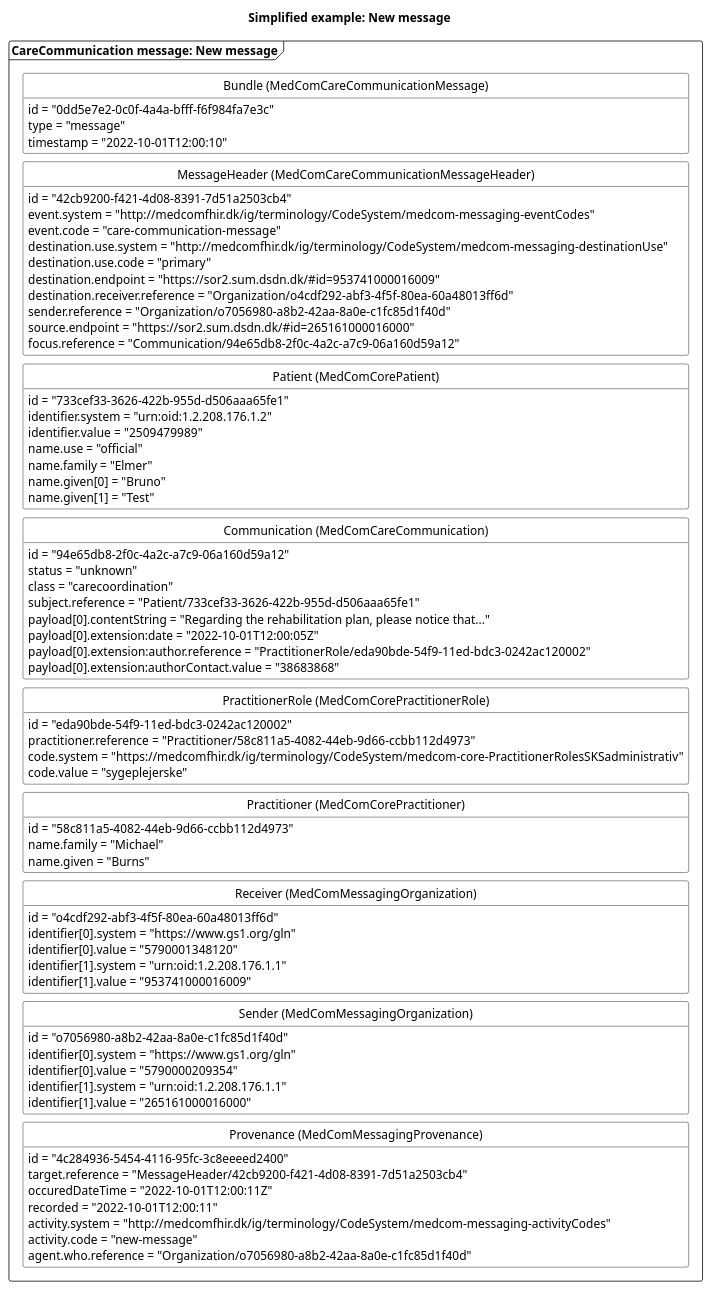
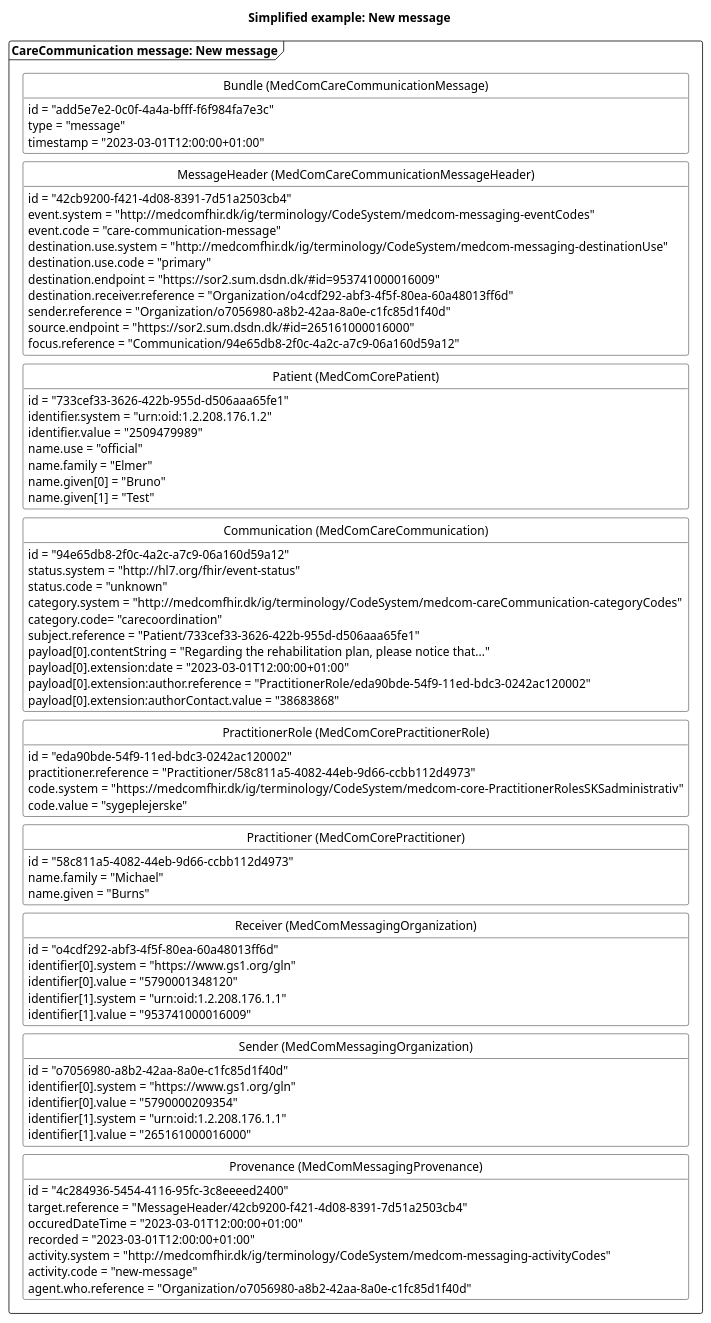
The diagram in puml/CareCommunicationNewMessage.puml (medcomdk/dk-medcom-carecommunication), drawn with PlantUML before and after one commit. The commit also changed 26 other files, not shown here.

```diff
--- a/puml/CareCommunicationNewMessage.puml
+++ b/puml/CareCommunicationNewMessage.puml
@@ -1,101 +1,103 @@
 @startuml CCNewMessage
 
 'layout
 skinparam class {
     BackgroundColor White
     BorderColor Black
     ArrowColor Black
   }
 hide circle
 hide empty members
 skinparam SameClassWidth true
 skinparam Ranksep 10
 
 
 'title
 title Simplified example: New message
 
 'Message 1: New message
 package "CareCommunication message: New message" as new <<Frame>>{
     class "Bundle (MedComCareCommunicationMessage)" as newB {
-        id = "0dd5e7e2-0c0f-4a4a-bfff-f6f984fa7e3c"
+        id = "add5e7e2-0c0f-4a4a-bfff-f6f984fa7e3c"
         type = "message"
-        timestamp = "2022-10-01T12:00:10"
+        timestamp = "2023-03-01T12:00:00+01:00"
     }
     class "MessageHeader (MedComCareCommunicationMessageHeader)" as newMH{
         id = "42cb9200-f421-4d08-8391-7d51a2503cb4"
         event.system = "http://medcomfhir.dk/ig/terminology/CodeSystem/medcom-messaging-eventCodes"
         event.code = "care-communication-message"
         destination.use.system = "http://medcomfhir.dk/ig/terminology/CodeSystem/medcom-messaging-destinationUse"
         destination.use.code = "primary"
         destination.endpoint = "https://sor2.sum.dsdn.dk/#id=953741000016009"
         destination.receiver.reference = "Organization/o4cdf292-abf3-4f5f-80ea-60a48013ff6d"
         sender.reference = "Organization/o7056980-a8b2-42aa-8a0e-c1fc85d1f40d"
         source.endpoint = "https://sor2.sum.dsdn.dk/#id=265161000016000"
         focus.reference = "Communication/94e65db8-2f0c-4a2c-a7c9-06a160d59a12"
     }
     class "Patient (MedComCorePatient)" as newPT{
         id = "733cef33-3626-422b-955d-d506aaa65fe1"
         identifier.system = "urn:oid:1.2.208.176.1.2"
         identifier.value = "2509479989"
         name.use = "official"
         name.family = "Elmer"
         name.given[0] = "Bruno"
         name.given[1] = "Test"
     }
     class "Communication (MedComCareCommunication)" as newCom{
         id = "94e65db8-2f0c-4a2c-a7c9-06a160d59a12"
-        status = "unknown"
-        class = "carecoordination"
+        status.system = "http://hl7.org/fhir/event-status" 
+        status.code = "unknown"
+        category.system = "http://medcomfhir.dk/ig/terminology/CodeSystem/medcom-careCommunication-categoryCodes"
+        category.code= "carecoordination"
         subject.reference = "Patient/733cef33-3626-422b-955d-d506aaa65fe1"
         payload[0].contentString = "Regarding the rehabilitation plan, please notice that..."
-        payload[0].extension:date = "2022-10-01T12:00:05Z"
+        payload[0].extension:date = "2023-03-01T12:00:00+01:00"
         payload[0].extension:author.reference = "PractitionerRole/eda90bde-54f9-11ed-bdc3-0242ac120002"
         payload[0].extension:authorContact.value = "38683868"
     }
     class "PractitionerRole (MedComCorePractitionerRole)" as newPracR{
         id = "eda90bde-54f9-11ed-bdc3-0242ac120002"
         practitioner.reference = "Practitioner/58c811a5-4082-44eb-9d66-ccbb112d4973"
         code.system = "https://medcomfhir.dk/ig/terminology/CodeSystem/medcom-core-PractitionerRolesSKSadministrativ"
         code.value = "sygeplejerske"
     }
     class "Practitioner (MedComCorePractitioner)" as newPrac{
         id = "58c811a5-4082-44eb-9d66-ccbb112d4973"
         name.family = "Michael"
         name.given = "Burns"
     }
     class "Receiver (MedComMessagingOrganization)" as newROrg{
         id = "o4cdf292-abf3-4f5f-80ea-60a48013ff6d"
         identifier[0].system = "https://www.gs1.org/gln"
         identifier[0].value = "5790001348120"
         identifier[1].system = "urn:oid:1.2.208.176.1.1"
         identifier[1].value = "953741000016009"
     }
     class "Sender (MedComMessagingOrganization)" as newSOrg{
         id = "o7056980-a8b2-42aa-8a0e-c1fc85d1f40d"
         identifier[0].system = "https://www.gs1.org/gln"
         identifier[0].value = "5790000209354"
         identifier[1].system = "urn:oid:1.2.208.176.1.1"
         identifier[1].value = "265161000016000"
     }
     class "Provenance (MedComMessagingProvenance)" as newPRO{
         id = "4c284936-5454-4116-95fc-3c8eeeed2400"
         target.reference = "MessageHeader/42cb9200-f421-4d08-8391-7d51a2503cb4"
-        occuredDateTime = "2022-10-01T12:00:11Z"
-        recorded = "2022-10-01T12:00:11"
+        occuredDateTime = "2023-03-01T12:00:00+01:00"
+        recorded = "2023-03-01T12:00:00+01:00"
         activity.system = "http://medcomfhir.dk/ig/terminology/CodeSystem/medcom-messaging-activityCodes"
         activity.code = "new-message"
         agent.who.reference = "Organization/o7056980-a8b2-42aa-8a0e-c1fc85d1f40d"
     }
 
 newB -[hidden]- newMH
 newMH -[hidden]-newPT
 newPT-[hidden]-newCom
 newCom -[hidden]-newPracR
 newPracR-[hidden]-newPrac
 newPrac-[hidden]-newROrg
 newROrg-[hidden]- newSOrg
 newSOrg-[hidden]-newPRO
 
 
 @enduml
```
